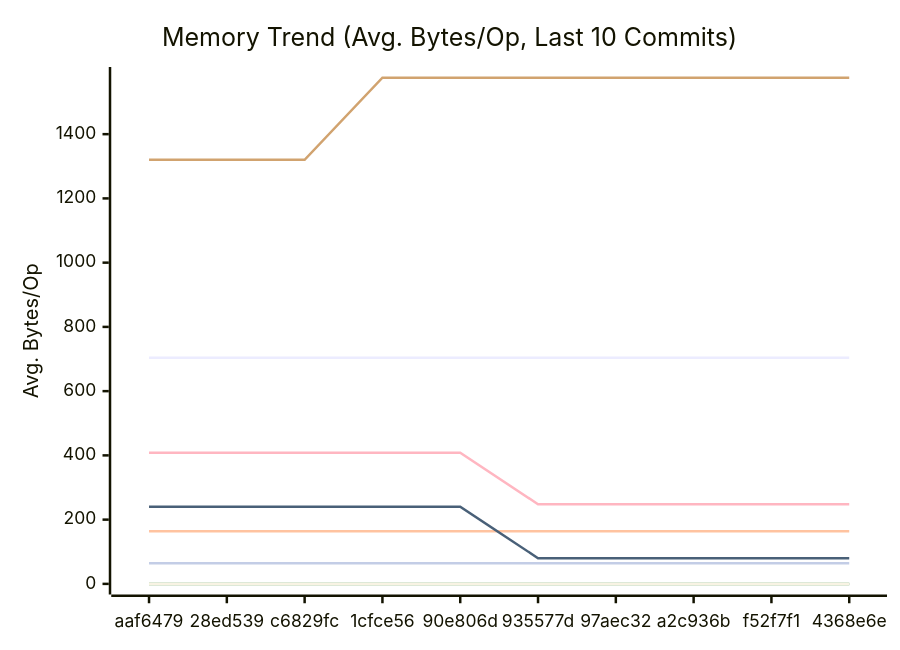
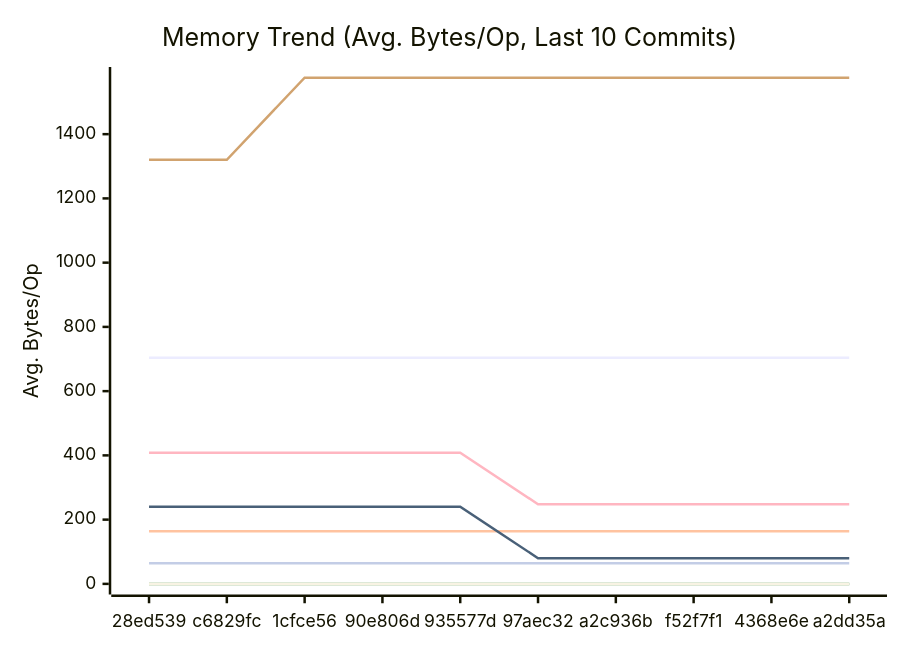
Before and after one commit to alsotoes/momo: the second of 3 diagrams in docs/PERFORMANCE.md, drawn with Mermaid. The commit also changed other lines of this file and 11 other files, not shown here.

````diff
--- a/docs/PERFORMANCE.md
+++ b/docs/PERFORMANCE.md
@@ -152,18 +152,18 @@
 ```mermaid
 xychart-beta
     title "Memory Trend (Avg. Bytes/Op, Last 10 Commits)"
     x-axis "Commit"
     y-axis "Avg. Bytes/Op"
-    x-axis [aaf6479,28ed539,c6829fc,1cfce56,90e806d,935577d,97aec32,a2c936b,f52f7f1,4368e6e]
+    x-axis [28ed539,c6829fc,1cfce56,90e806d,935577d,97aec32,a2c936b,f52f7f1,4368e6e,a2dd35a]
     line "CheckMetricsAndSwap" [0,0,0,0,0,0,0,0,0,0]
     line "CrushOptimized" [0,0,0,0,0,0,0,0,0,0]
     line "CrushOriginal" [164,164,164,164,164,164,164,164,164,164]
     line "IndexDirectTracking" [0,0,0,0,0,0,0,0,0,0]
     line "IndexSearch" [0,0,0,0,0,0,0,0,0,0]
-    line "LoadGlobalConfig" [1320,1320,1320,1576,1576,1576,1576,1576,1576,1576]
+    line "LoadGlobalConfig" [1320,1320,1576,1576,1576,1576,1576,1576,1576,1576]
     line "PadString" [64,64,64,64,64,64,64,64,64,64]
     line "ParseReplicationOrder_NoPrealloc" [408,408,408,408,408,248,248,248,248,248]
     line "ParseReplicationOrder_Prealloc" [240,240,240,240,240,80,80,80,80,80]
     line "SanitizeLog/Safe" [0,0,0,0,0,0,0,0,0,0]
     line "SanitizeLog/Unsafe" [704,704,704,704,704,704,704,704,704,704]
 ```
````
